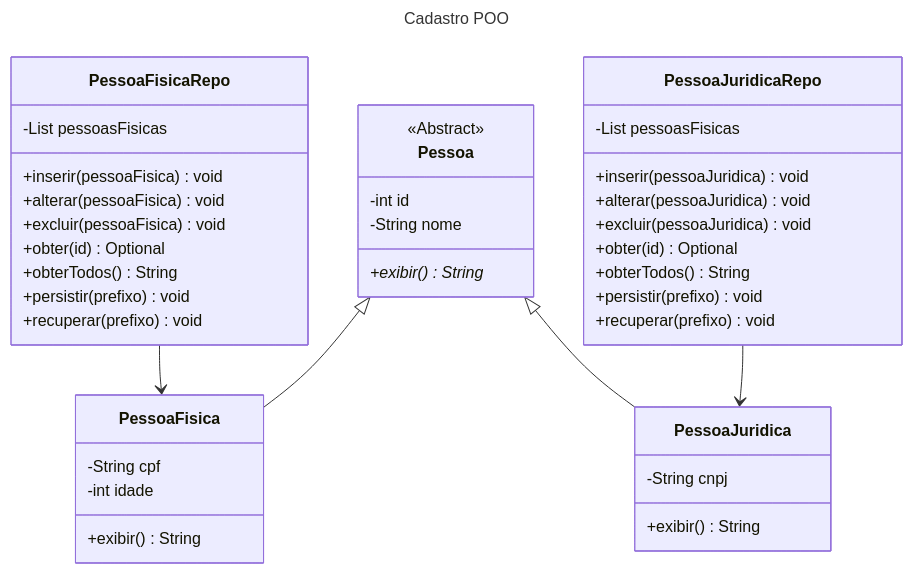
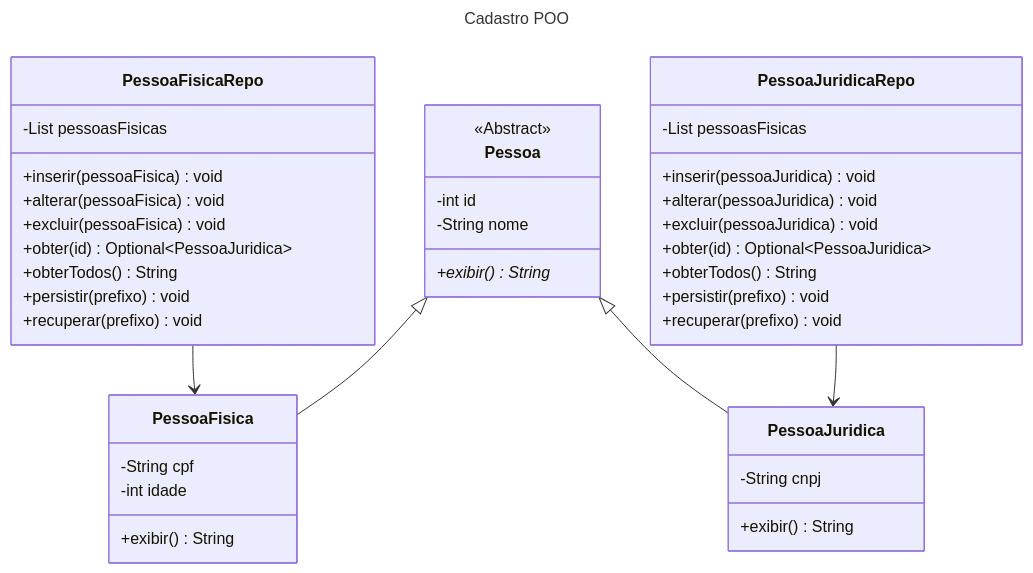
Before and after one commit to luizmarinhojr/cadastro-poo: the diagram in README.md, drawn with Mermaid.

````diff
--- a/README.md
+++ b/README.md
@@ -15,49 +15,49 @@
 ```mermaid
 ---
 title: Cadastro POO
 ---
 
 classDiagram
     direction TB
     class Pessoa
     class PessoaFisica
     class PessoaJuridica
     class PessoaFisicaRepo
     class PessoaJuridicaRepo
     
     PessoaFisicaRepo --> PessoaFisica
     PessoaJuridicaRepo --> PessoaJuridica
     Pessoa <|-- PessoaFisica
     Pessoa <|-- PessoaJuridica
     
     
     <<Abstract>> Pessoa
     Pessoa : -int id
     Pessoa : -String nome
     Pessoa : +exibir()* String
     
     PessoaFisica : -String cpf
     PessoaFisica : -int idade
     PessoaFisica : +exibir() String
     
     PessoaJuridica : -String cnpj
     PessoaJuridica : +exibir() String
     
     PessoaFisicaRepo : -List<PessoaFisica> pessoasFisicas
     PessoaFisicaRepo : +inserir(pessoaFisica) void
     PessoaFisicaRepo : +alterar(pessoaFisica) void
     PessoaFisicaRepo : +excluir(pessoaFisica) void
-    PessoaFisicaRepo : +obter(id) Optional<PessoaJuridica>
+    PessoaFisicaRepo : +obter(id) Optional~PessoaJuridica~
     PessoaFisicaRepo : +obterTodos() String
     PessoaFisicaRepo : +persistir(prefixo) void
     PessoaFisicaRepo : +recuperar(prefixo) void
     
     PessoaJuridicaRepo : -List<PessoaJuridica> pessoasFisicas
     PessoaJuridicaRepo : +inserir(pessoaJuridica) void
     PessoaJuridicaRepo : +alterar(pessoaJuridica) void
     PessoaJuridicaRepo : +excluir(pessoaJuridica) void
-    PessoaJuridicaRepo : +obter(id) Optional<PessoaJuridica>
+    PessoaJuridicaRepo : +obter(id) Optional~PessoaJuridica~
     PessoaJuridicaRepo : +obterTodos() String
     PessoaJuridicaRepo : +persistir(prefixo) void
     PessoaJuridicaRepo : +recuperar(prefixo) void
 ```
````
